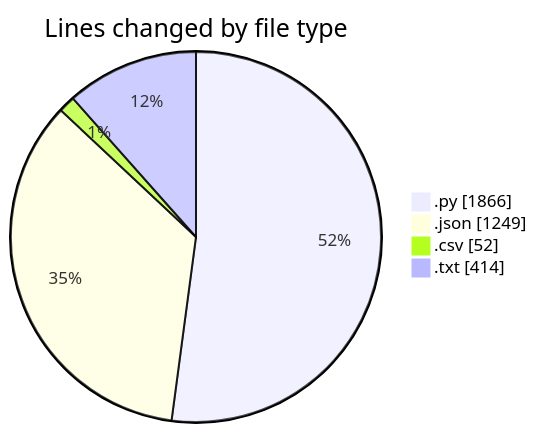
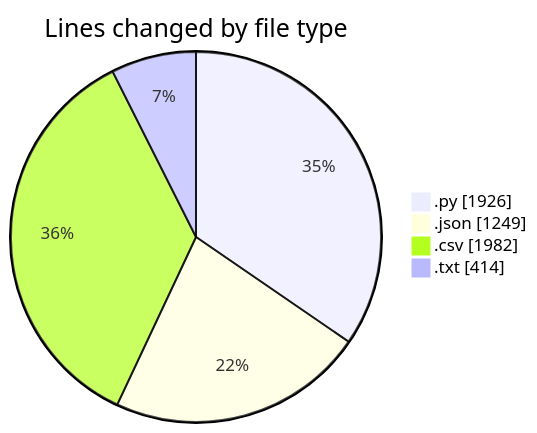
The first of 2 diagrams in 2025-07-28/refunds/README.md (EIIisD/code-tracking), drawn with Mermaid before and after one commit. The commit also changed other lines of this file and 1 other file, not shown here.

````diff
--- a/2025-07-28/refunds/README.md
+++ b/2025-07-28/refunds/README.md
@@ -24,8 +25,8 @@
 ```mermaid
 pie showData
 title Lines changed by file type
-".py" : 1866
+".py" : 1926
 ".json" : 1249
-".csv" : 52
+".csv" : 1982
 ".txt" : 414
 ```
````
